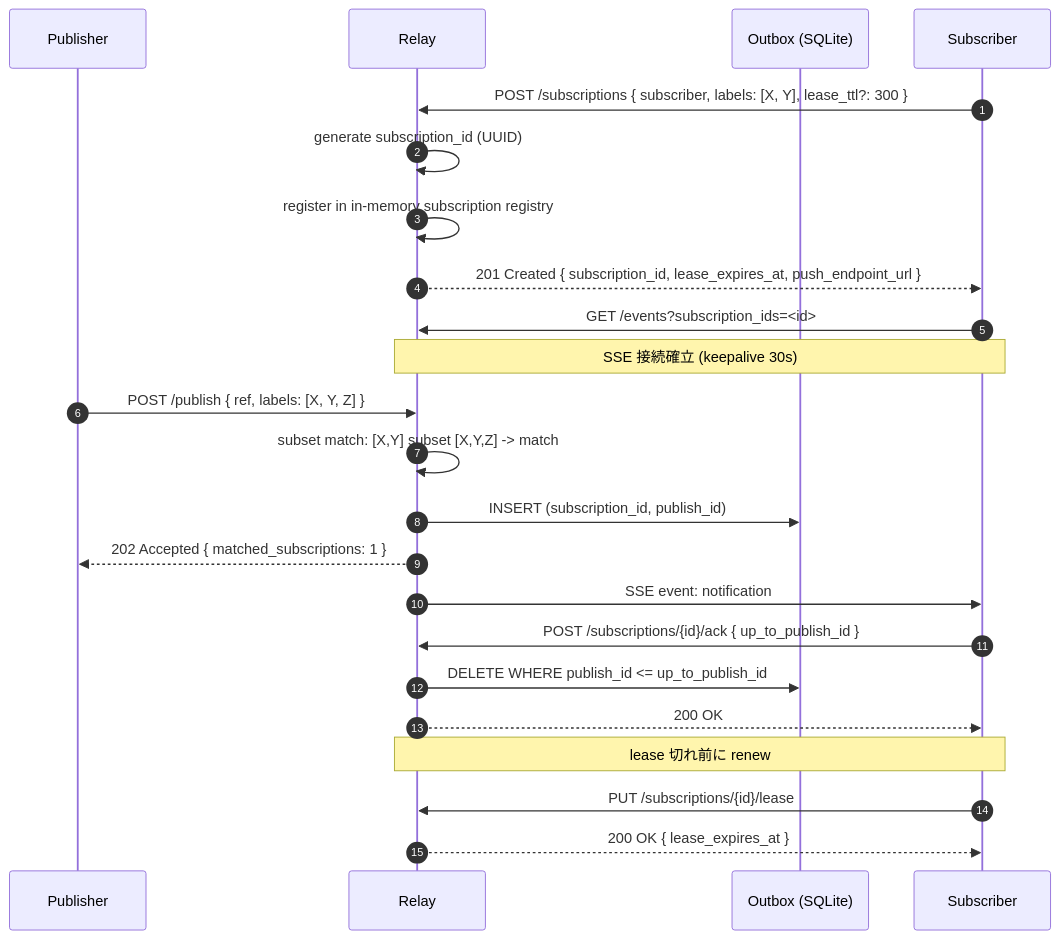
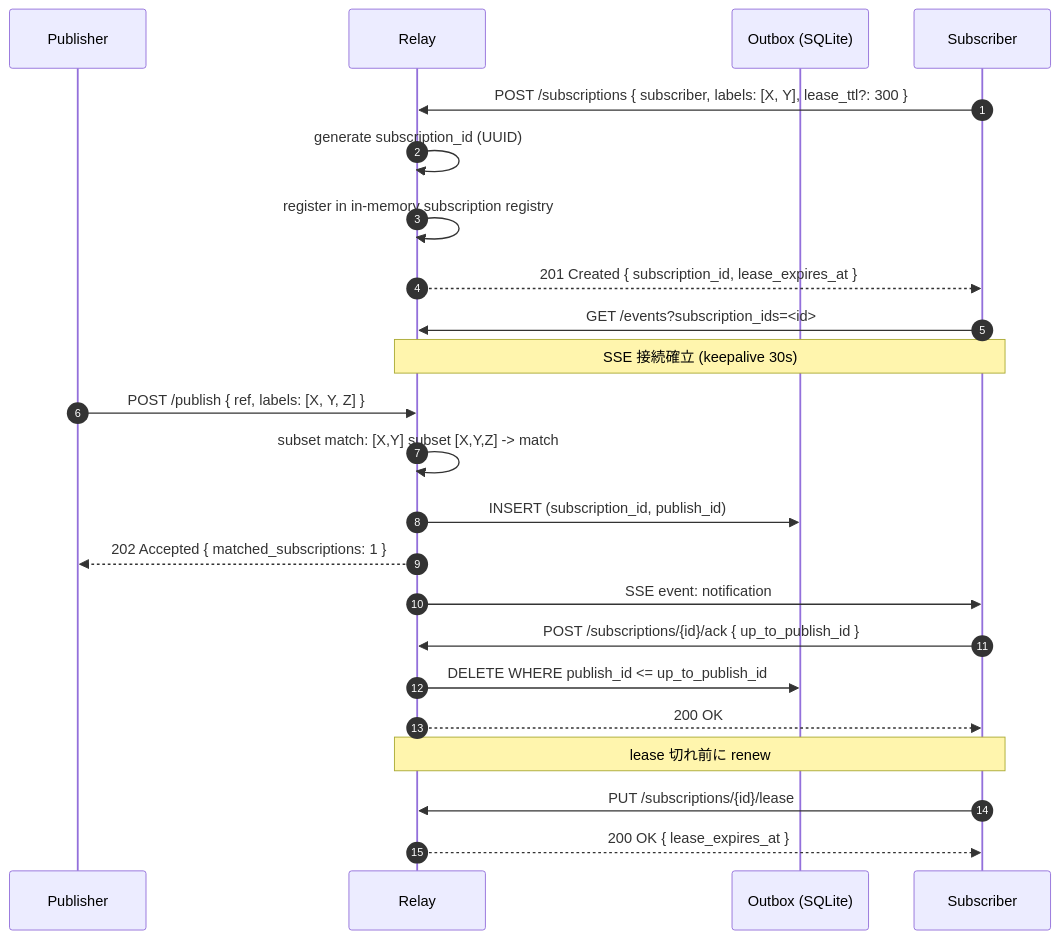
Before and after one commit to isizono/relay: the fifth of 6 diagrams in docs/design/relay-sequences.md, drawn with Mermaid. The commit also changed other lines of this file and 5 other files, not shown here.

````diff
--- a/docs/design/relay-sequences.md
+++ b/docs/design/relay-sequences.md
@@ -170,29 +170,29 @@
 ```mermaid
 sequenceDiagram
     autonumber
     participant Pub as Publisher
     participant Relay
     participant Outbox as Outbox (SQLite)
     participant Sub as Subscriber
 
     Sub->>Relay: POST /subscriptions { subscriber, labels: [X, Y], lease_ttl?: 300 }
     Relay->>Relay: generate subscription_id (UUID)
     Relay->>Relay: register in in-memory subscription registry
-    Relay-->>Sub: 201 Created { subscription_id, lease_expires_at, push_endpoint_url }
+    Relay-->>Sub: 201 Created { subscription_id, lease_expires_at }
 
     Sub->>Relay: GET /events?subscription_ids=<id>
     Note over Sub,Relay: SSE 接続確立 (keepalive 30s)
 
     Pub->>Relay: POST /publish { ref, labels: [X, Y, Z] }
     Relay->>Relay: subset match: [X,Y] subset [X,Y,Z] -> match
     Relay->>Outbox: INSERT (subscription_id, publish_id)
     Relay-->>Pub: 202 Accepted { matched_subscriptions: 1 }
     Relay->>Sub: SSE event: notification
     Sub->>Relay: POST /subscriptions/{id}/ack { up_to_publish_id }
     Relay->>Outbox: DELETE WHERE publish_id <= up_to_publish_id
     Relay-->>Sub: 200 OK
 
     Note over Sub,Relay: lease 切れ前に renew
     Sub->>Relay: PUT /subscriptions/{id}/lease
     Relay-->>Sub: 200 OK { lease_expires_at }
 ```
````
